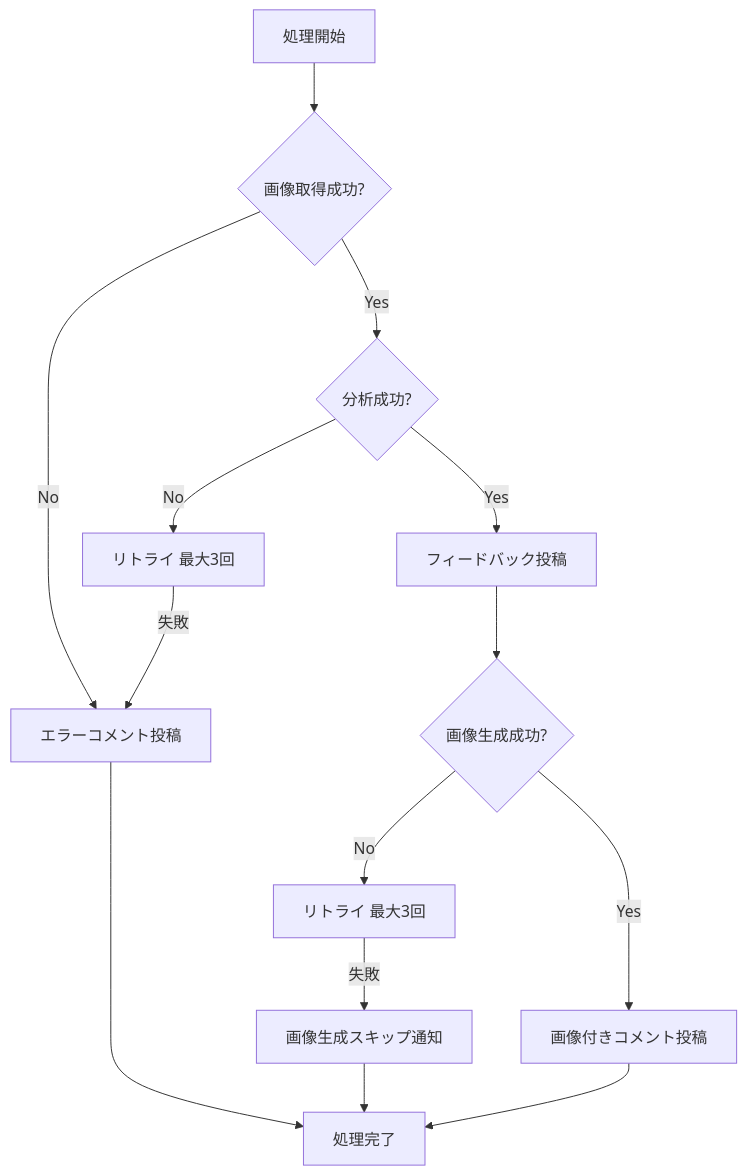
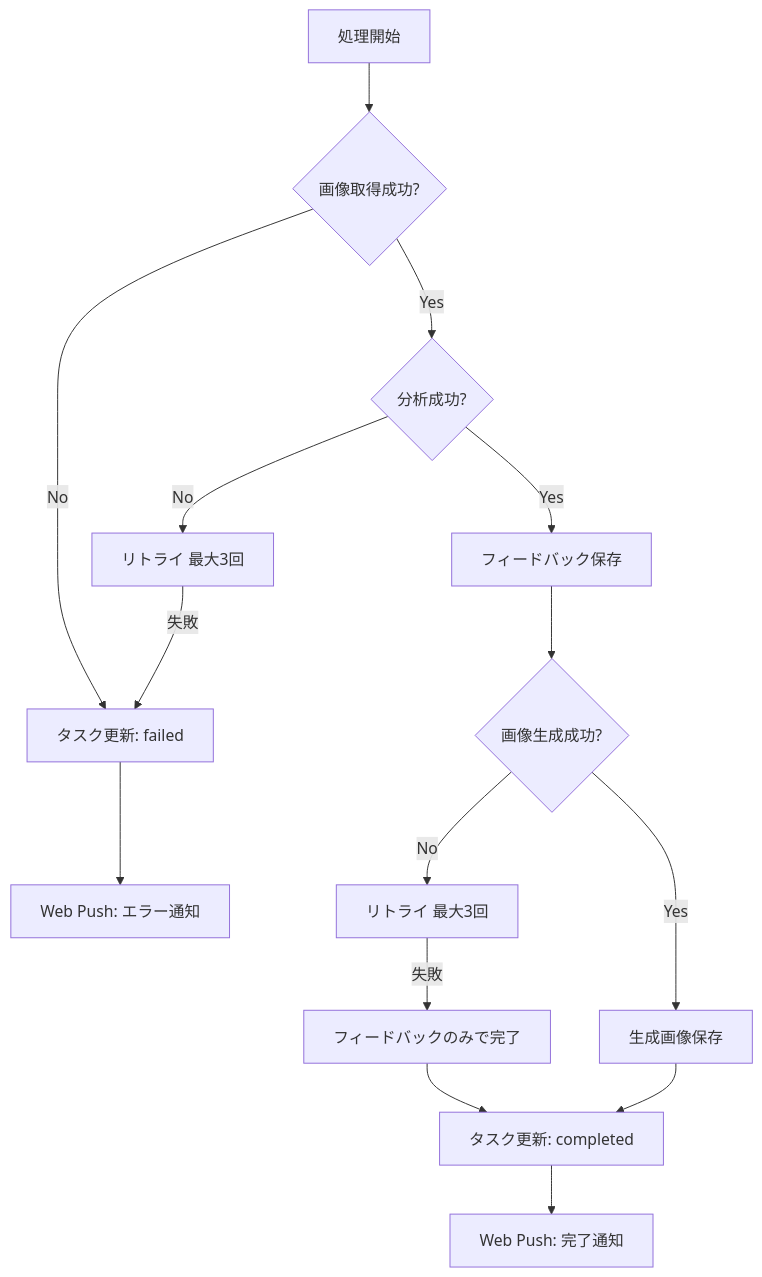
One commit to nuance-sudo/drawing-practice-agent-gch4 changed the third of 6 diagrams in docs/functional-design.md. Above: the diagram before and after it, drawn with Mermaid. The commit also changed other lines of this file and 13 other files, not shown here.

````diff
--- a/docs/functional-design.md
+++ b/docs/functional-design.md
@@ -99,16 +132,17 @@
 ```mermaid
 flowchart TB
     A[処理開始] --> B{画像取得成功?}
-    B -->|No| C[エラーコメント投稿]
+    B -->|No| C[タスク更新: failed]
     B -->|Yes| D{分析成功?}
     D -->|No| E[リトライ 最大3回]
     E -->|失敗| C
-    D -->|Yes| F[フィードバック投稿]
+    D -->|Yes| F[フィードバック保存]
     F --> G{画像生成成功?}
     G -->|No| H[リトライ 最大3回]
-    H -->|失敗| I[画像生成スキップ通知]
-    G -->|Yes| J[画像付きコメント投稿]
-    I --> K[処理完了]
+    H -->|失敗| I[フィードバックのみで完了]
+    G -->|Yes| J[生成画像保存]
+    I --> K[タスク更新: completed]
     J --> K
-    C --> K
+    C --> L[Web Push: エラー通知]
+    K --> M[Web Push: 完了通知]
 ```
````
